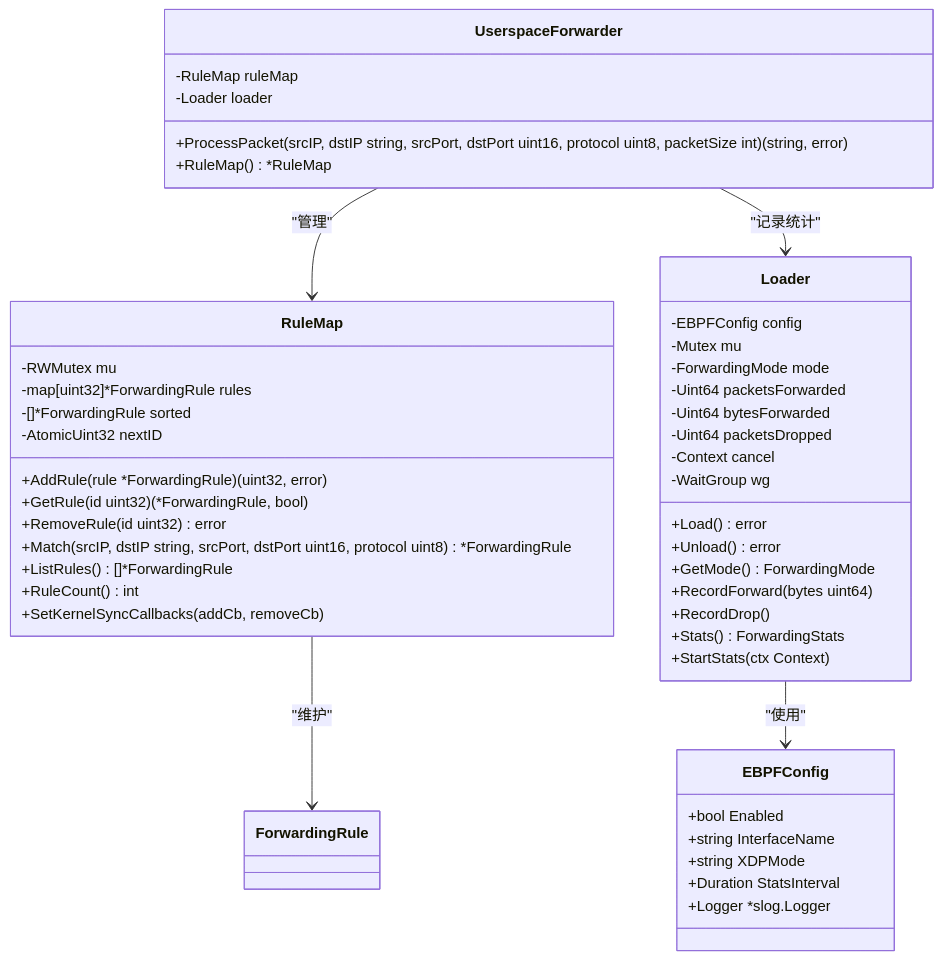
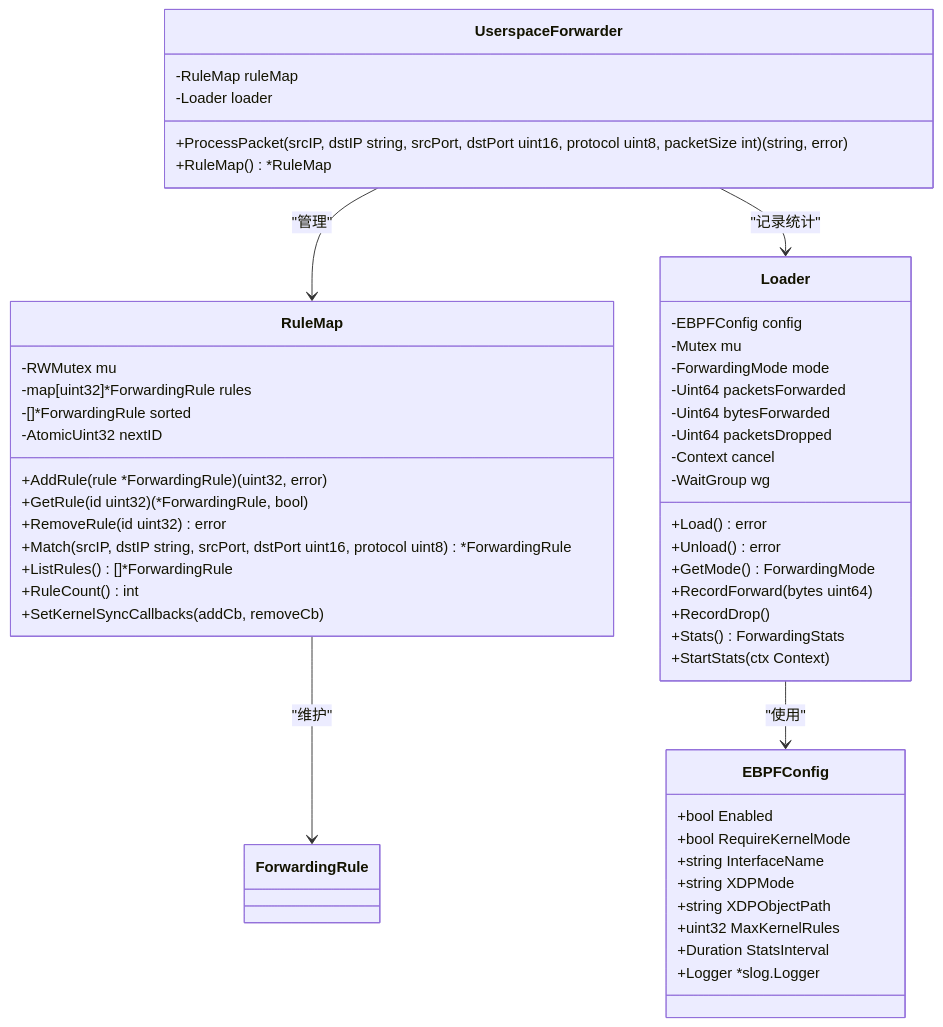
The third of 10 diagrams in .qoder/repowiki/zh/content/服务端架构/eBPF包转发系统.md (itsharex/NexTunnel), drawn with Mermaid before and after one commit. The commit also changed other lines of this file and 32 other files, not shown here.

````diff
--- a/.qoder/repowiki/zh/content/服务端架构/eBPF包转发系统.md
+++ b/.qoder/repowiki/zh/content/服务端架构/eBPF包转发系统.md
@@ -168,50 +180,53 @@
 ```mermaid
 classDiagram
 class Loader {
 -EBPFConfig config
 -Mutex mu
 -ForwardingMode mode
 -Uint64 packetsForwarded
 -Uint64 bytesForwarded
 -Uint64 packetsDropped
 -Context cancel
 -WaitGroup wg
 +Load() error
 +Unload() error
 +GetMode() ForwardingMode
 +RecordForward(bytes uint64)
 +RecordDrop()
 +Stats() ForwardingStats
 +StartStats(ctx Context)
 }
 class RuleMap {
 -RWMutex mu
 -map[uint32]*ForwardingRule rules
 -[]*ForwardingRule sorted
 -AtomicUint32 nextID
 +AddRule(rule *ForwardingRule) (uint32, error)
 +GetRule(id uint32) (*ForwardingRule, bool)
 +RemoveRule(id uint32) error
 +Match(srcIP, dstIP string, srcPort, dstPort uint16, protocol uint8) *ForwardingRule
 +ListRules() []*ForwardingRule
 +RuleCount() int
 +SetKernelSyncCallbacks(addCb, removeCb)
 }
 class UserspaceForwarder {
 -RuleMap ruleMap
 -Loader loader
 +ProcessPacket(srcIP, dstIP string, srcPort, dstPort uint16, protocol uint8, packetSize int) (string, error)
 +RuleMap() *RuleMap
 }
 class EBPFConfig {
 +bool Enabled
++bool RequireKernelMode
 +string InterfaceName
 +string XDPMode
++string XDPObjectPath
++uint32 MaxKernelRules
 +Duration StatsInterval
 +Logger *slog.Logger
 }
 Loader --> EBPFConfig : "使用"
 UserspaceForwarder --> RuleMap : "管理"
 UserspaceForwarder --> Loader : "记录统计"
 RuleMap --> ForwardingRule : "维护"
 ```
````
